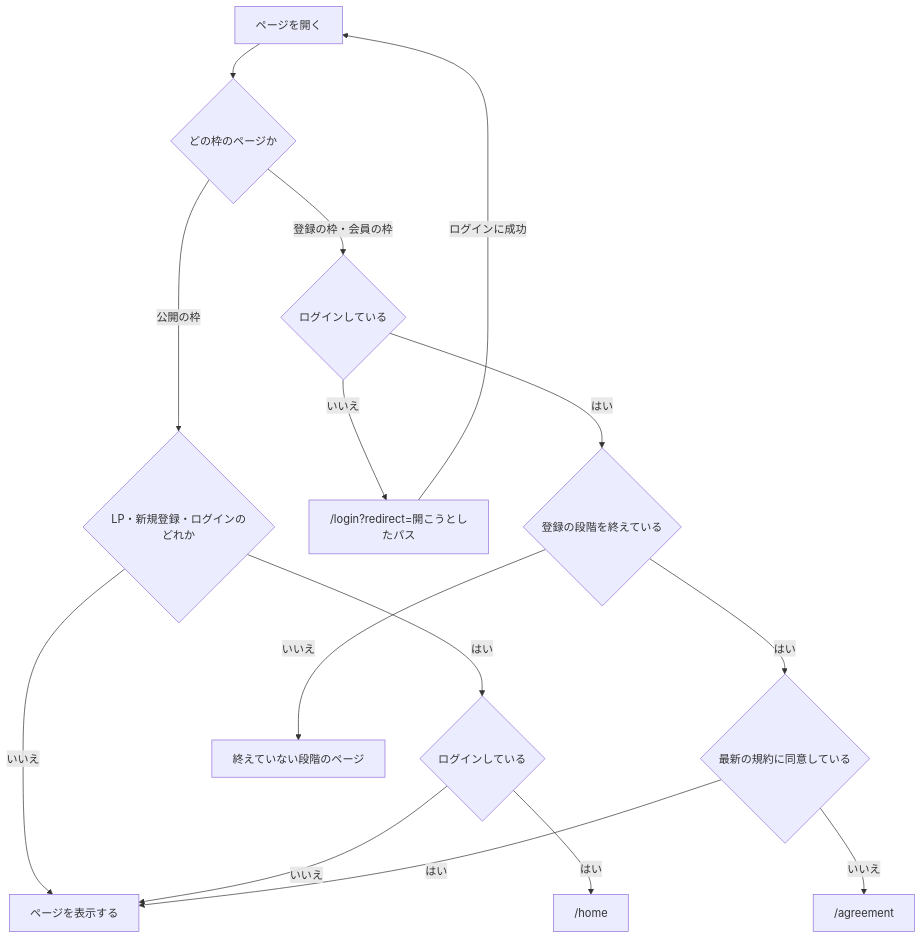
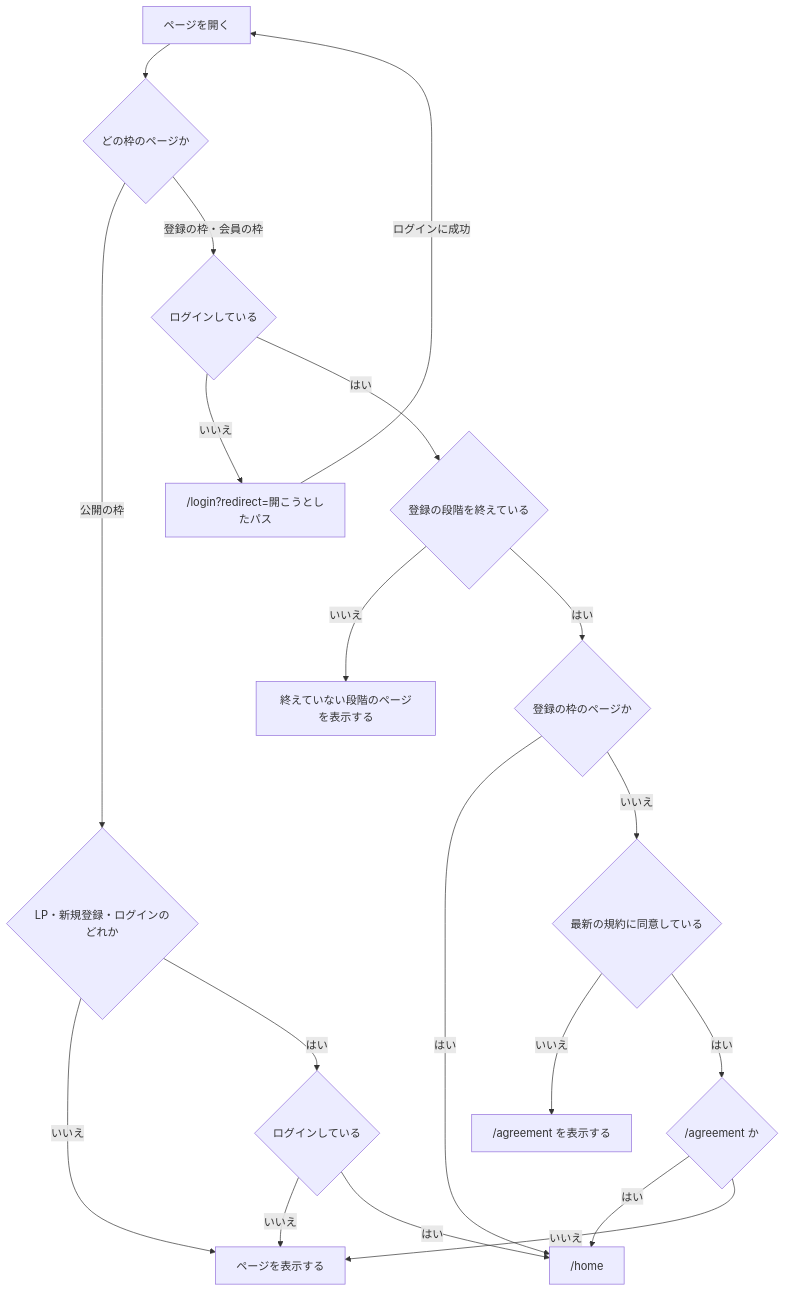
Before and after one commit to masseater/typescript-template: the first of 3 diagrams in apps/wiki/content/docs/pages/user-layout.md, drawn with Mermaid. The commit also changed other lines of this file and 9 other files, not shown here.

````diff
--- a/apps/wiki/content/docs/pages/user-layout.md
+++ b/apps/wiki/content/docs/pages/user-layout.md
@@ -107,17 +114,21 @@
 ```mermaid
 flowchart TD
   open["ページを開く"] --> frame{"どの枠のページか"}
   frame -- 公開の枠 --> entrance{"LP・新規登録・ログインのどれか"}
   entrance -- いいえ --> show["ページを表示する"]
   entrance -- はい --> already{"ログインしている"}
   already -- いいえ --> show
   already -- はい --> home["/home"]
   frame -- "登録の枠・会員の枠" --> signedIn{"ログインしている"}
   signedIn -- いいえ --> login["/login?redirect=開こうとしたパス"]
   login -- ログインに成功 --> open
   signedIn -- はい --> onboarded{"登録の段階を終えている"}
-  onboarded -- いいえ --> welcome["終えていない段階のページ"]
-  onboarded -- はい --> agreed{"最新の規約に同意している"}
-  agreed -- いいえ --> agreement["/agreement"]
-  agreed -- はい --> show
+  onboarded -- いいえ --> step["終えていない段階のページを表示する"]
+  onboarded -- はい --> isWelcome{"登録の枠のページか"}
+  isWelcome -- はい --> home
+  isWelcome -- いいえ --> agreed{"最新の規約に同意している"}
+  agreed -- いいえ --> agreement["/agreement を表示する"]
+  agreed -- はい --> isAgreement{"/agreement か"}
+  isAgreement -- はい --> home
+  isAgreement -- いいえ --> show
 ```
````
